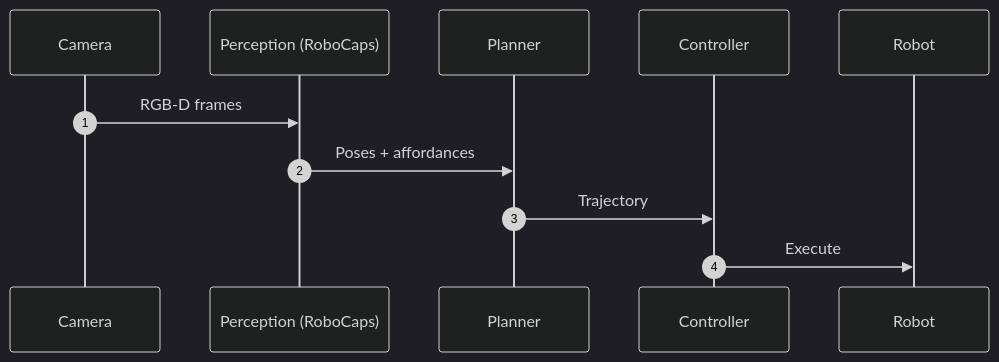
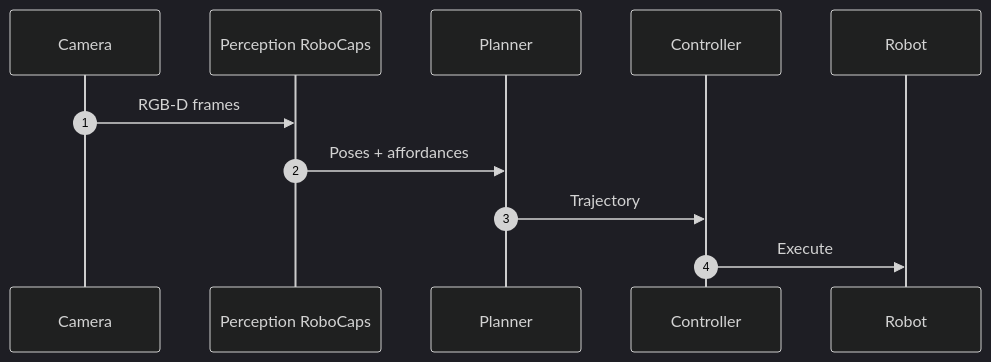
The first of 2 diagrams in architecture/system_B_RobotManipulation/RobotManipulation_conceptual.md (aurelius-in/RoboCaps), drawn with Mermaid before and after one commit. The commit also changed other lines of this file and 13 other files, not shown here.

Commit message:
arch: deepen global/system docs with detailed narratives and diagrams

````diff
--- a/architecture/system_B_RobotManipulation/RobotManipulation_conceptual.md
+++ b/architecture/system_B_RobotManipulation/RobotManipulation_conceptual.md
@@ -15,13 +27,13 @@
 ```mermaid
-%%{init: { 'theme': 'dark', 'themeVariables': { 'background':'#000', 'primaryTextColor':'#FFF', 'textColor':'#FFF', 'fontSize':'14px' }}}%%
+%%{init: { 'theme': 'dark', 'themeVariables': { 'background':'#000', 'primaryTextColor':'#FFF', 'fontSize':'16px' }}}%%
 sequenceDiagram
     autonumber
     participant Cam as Camera
-    participant Per as Perception (RoboCaps)
+    participant Per as Perception RoboCaps
     participant Plan as Planner
     participant Ctrl as Controller
     Cam->>Per: RGB-D frames
     Per->>Plan: Poses + affordances
     Plan->>Ctrl: Trajectory
     Ctrl->>Robot: Execute
 ```
````
